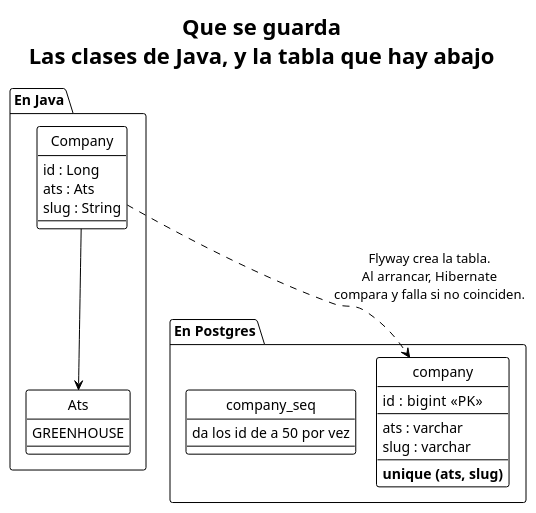
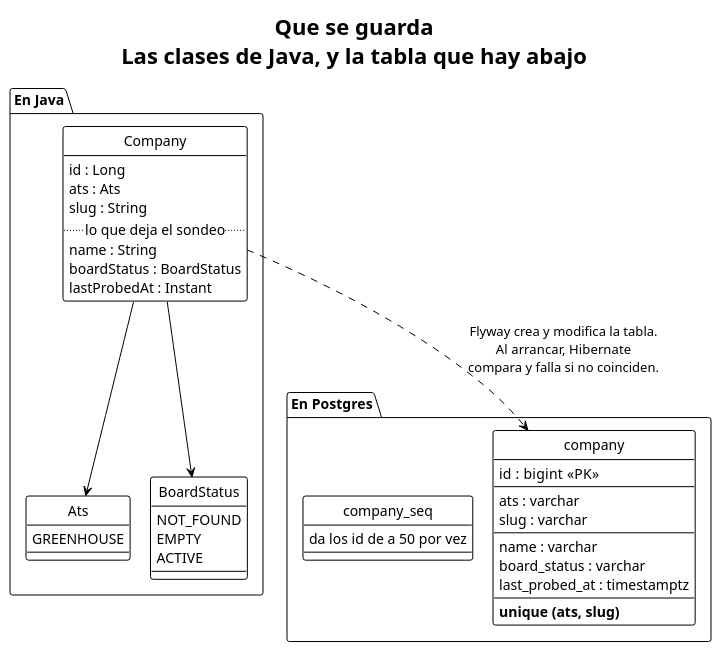
The diagram in docs/para-humanos/diagramas/modelo-de-datos.puml (EliasNAires/oneprofile), drawn with PlantUML before and after one commit. The commit also changed 9 other files, not shown here.

```diff
--- a/docs/para-humanos/diagramas/modelo-de-datos.puml
+++ b/docs/para-humanos/diagramas/modelo-de-datos.puml
@@ -1,43 +1,58 @@
 @startuml modelo-de-datos
 !theme plain
 title Que se guarda\nLas clases de Java, y la tabla que hay abajo
 
 skinparam shadowing false
 skinparam nodesep 20
 skinparam ranksep 40
 hide circle
 
 package "En Java" {
 
   class Company {
     id : Long
     ats : Ats
     slug : String
+    .. lo que deja el sondeo ..
+    name : String
+    boardStatus : BoardStatus
+    lastProbedAt : Instant
   }
 
   enum Ats {
     GREENHOUSE
   }
 
+  enum BoardStatus {
+    NOT_FOUND
+    EMPTY
+    ACTIVE
+  }
+
   Company --> Ats
+  Company --> BoardStatus
 }
 
 package "En Postgres" {
 
   entity "company" as t {
     id : bigint  <<PK>>
     --
     ats : varchar
     slug : varchar
     --
+    name : varchar
+    board_status : varchar
+    last_probed_at : timestamptz
+    --
     **unique (ats, slug)**
   }
 
   entity "company_seq" as s {
     da los id de a 50 por vez
   }
 }
 
-Company ..> t : Flyway crea la tabla.\nAl arrancar, Hibernate\ncompara y falla si no coinciden.
+Company ..> t : Flyway crea y modifica la tabla.\nAl arrancar, Hibernate\ncompara y falla si no coinciden.
 
 @enduml
```
